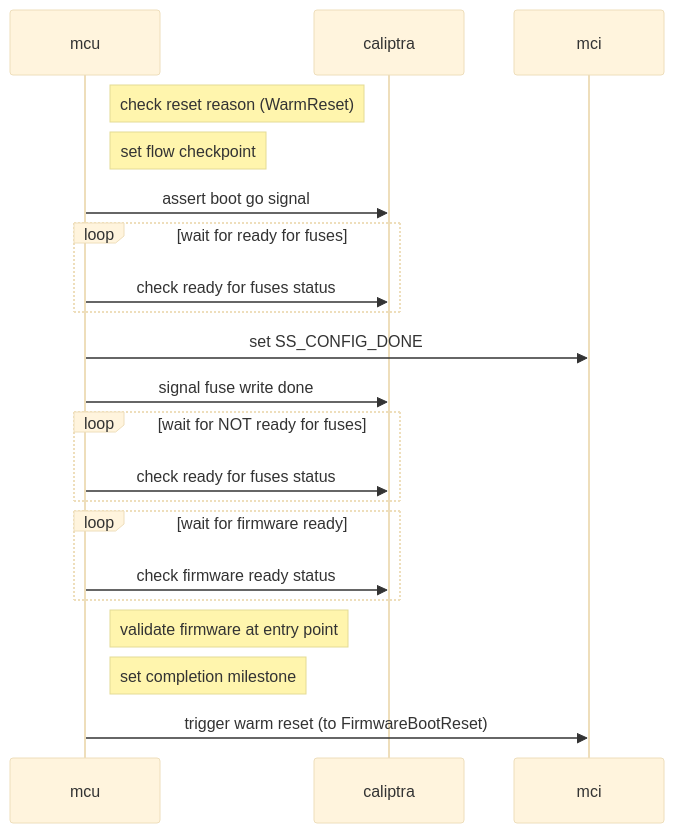
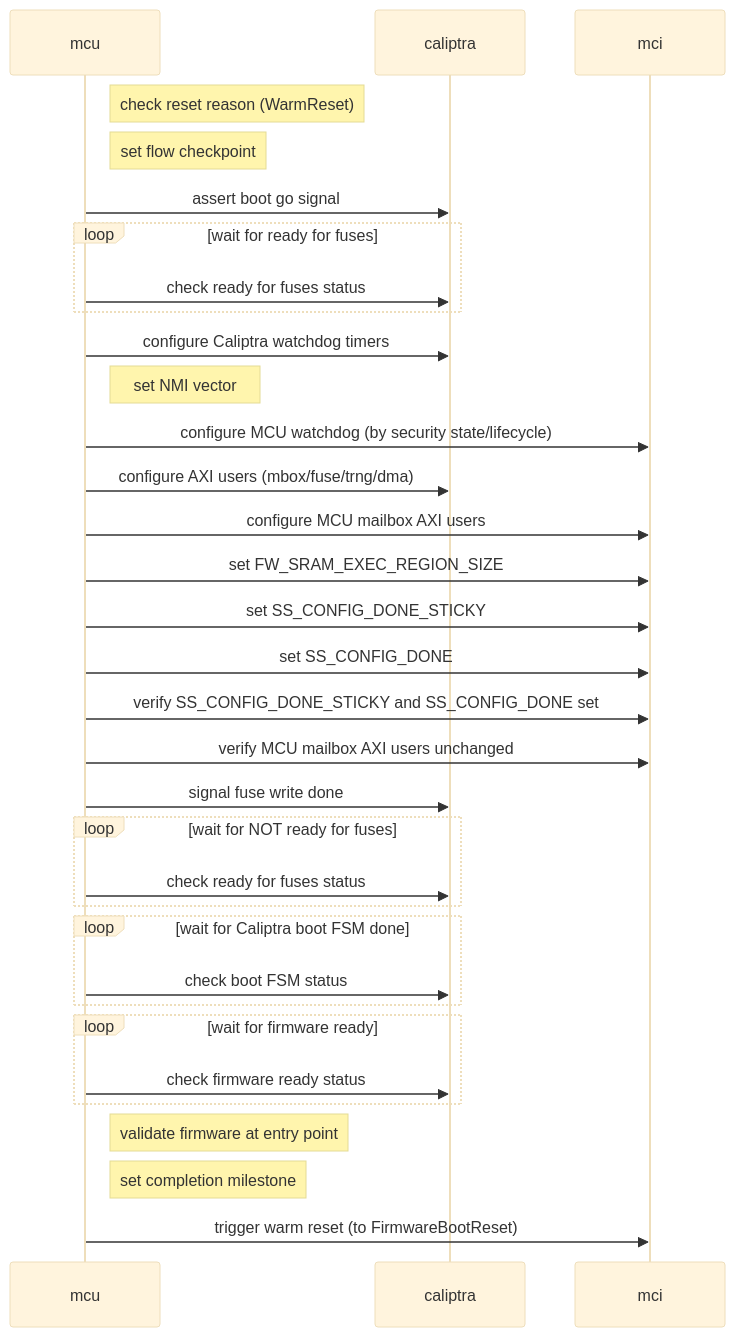
The fourth of 4 diagrams in docs/src/rom.md (chipsalliance/caliptra-mcu-sw), drawn with Mermaid (base theme) before and after one commit. The commit also changed other lines of this file, not shown here.

First line of the commit message:
docs: Update warm reset, fw boot reset docs (#1277)

````diff
--- a/docs/src/rom.md
+++ b/docs/src/rom.md
@@ -210,20 +217,32 @@
 ```mermaid
 sequenceDiagram
     note right of mcu: check reset reason (WarmReset)
     note right of mcu: set flow checkpoint
     mcu->>caliptra: assert boot go signal
     loop wait for ready for fuses
         mcu->>caliptra: check ready for fuses status
     end
+    mcu->>caliptra: configure Caliptra watchdog timers
+    note right of mcu: set NMI vector
+    mcu->>mci: configure MCU watchdog (by security state/lifecycle)
+    mcu->>caliptra: configure AXI users (mbox/fuse/trng/dma)
+    mcu->>mci: configure MCU mailbox AXI users
+    mcu->>mci: set FW_SRAM_EXEC_REGION_SIZE
+    mcu->>mci: set SS_CONFIG_DONE_STICKY
     mcu->>mci: set SS_CONFIG_DONE
+    mcu->>mci: verify SS_CONFIG_DONE_STICKY and SS_CONFIG_DONE set
+    mcu->>mci: verify MCU mailbox AXI users unchanged
     mcu->>caliptra: signal fuse write done
     loop wait for NOT ready for fuses
         mcu->>caliptra: check ready for fuses status
+    end
+    loop wait for Caliptra boot FSM done
+        mcu->>caliptra: check boot FSM status
     end
     loop wait for firmware ready
         mcu->>caliptra: check firmware ready status
     end
     note right of mcu: validate firmware at entry point
     note right of mcu: set completion milestone
     mcu->>mci: trigger warm reset (to FirmwareBootReset)
 ```
````
